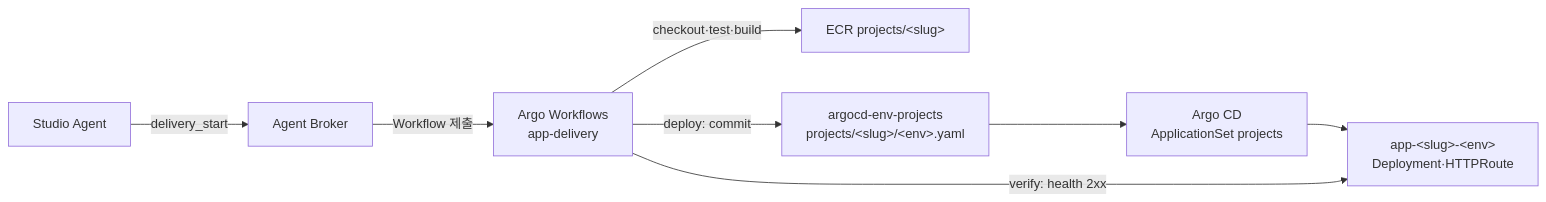
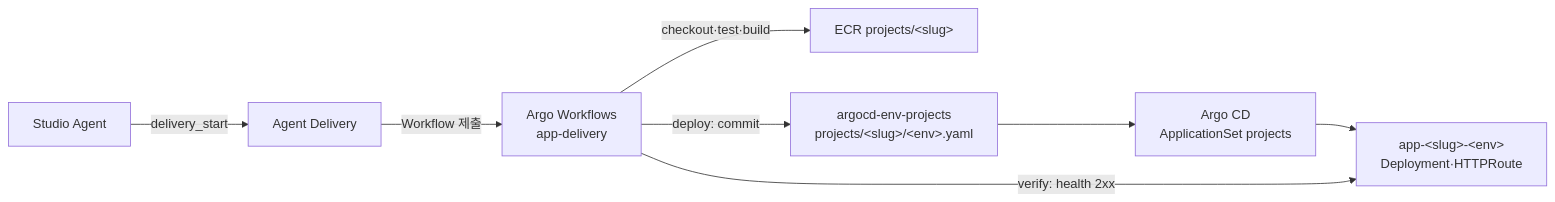
One commit to opspresso/argocd-env-projects changed the diagram in README.md. Above: the diagram before and after it, drawn with Mermaid. The commit also changed other lines of this file and 11 other files, not shown here.

First line of the commit message:
refactor!: rename Agent Broker to Agent Delivery (#13)

````diff
--- a/README.md
+++ b/README.md
@@ -26,10 +26,10 @@
 ```mermaid
 flowchart LR
-  agent["Studio Agent"] -- "delivery_start" --> broker["Agent Broker"]
-  broker -- "Workflow 제출" --> wf["Argo Workflows<br/>app-delivery"]
+  agent["Studio Agent"] -- "delivery_start" --> delivery["Agent Delivery"]
+  delivery -- "Workflow 제출" --> wf["Argo Workflows<br/>app-delivery"]
   wf -- "checkout·test·build" --> ecr["ECR projects/&lt;slug&gt;"]
   wf -- "deploy: commit" --> repo["argocd-env-projects<br/>projects/&lt;slug&gt;/&lt;env&gt;.yaml"]
   repo --> argocd["Argo CD<br/>ApplicationSet projects"]
   argocd --> app["app-&lt;slug&gt;-&lt;env&gt;<br/>Deployment·HTTPRoute"]
   wf -- "verify: health 2xx" --> app
 ```
````
